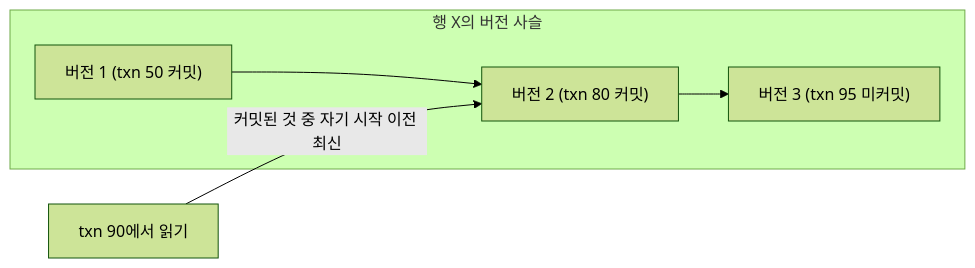
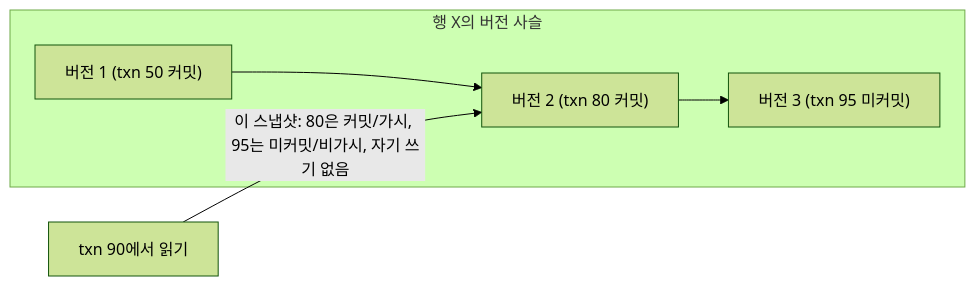
Before and after one commit to Rein-ArXiv/game-dev-curriculum: the seventh of 7 diagrams in db/part01_storage_transactions.md, drawn with Mermaid (forest theme). The commit also changed other lines of this file and 279 other files, not shown here.

````diff
--- a/db/part01_storage_transactions.md
+++ b/db/part01_storage_transactions.md
@@ -362,7 +369,7 @@
 ```mermaid
 flowchart LR
     subgraph 행 X의 버전 사슬
         V1["버전 1 (txn 50 커밋)"] --> V2["버전 2 (txn 80 커밋)"] --> V3["버전 3 (txn 95 미커밋)"]
     end
-    T90[txn 90에서 읽기] -->|커밋된 것 중 자기 시작 이전 최신| V2
+    T90[txn 90에서 읽기] -->|이 스냅샷: 80은 커밋/가시, 95는 미커밋/비가시, 자기 쓰기 없음| V2
 ```
````
